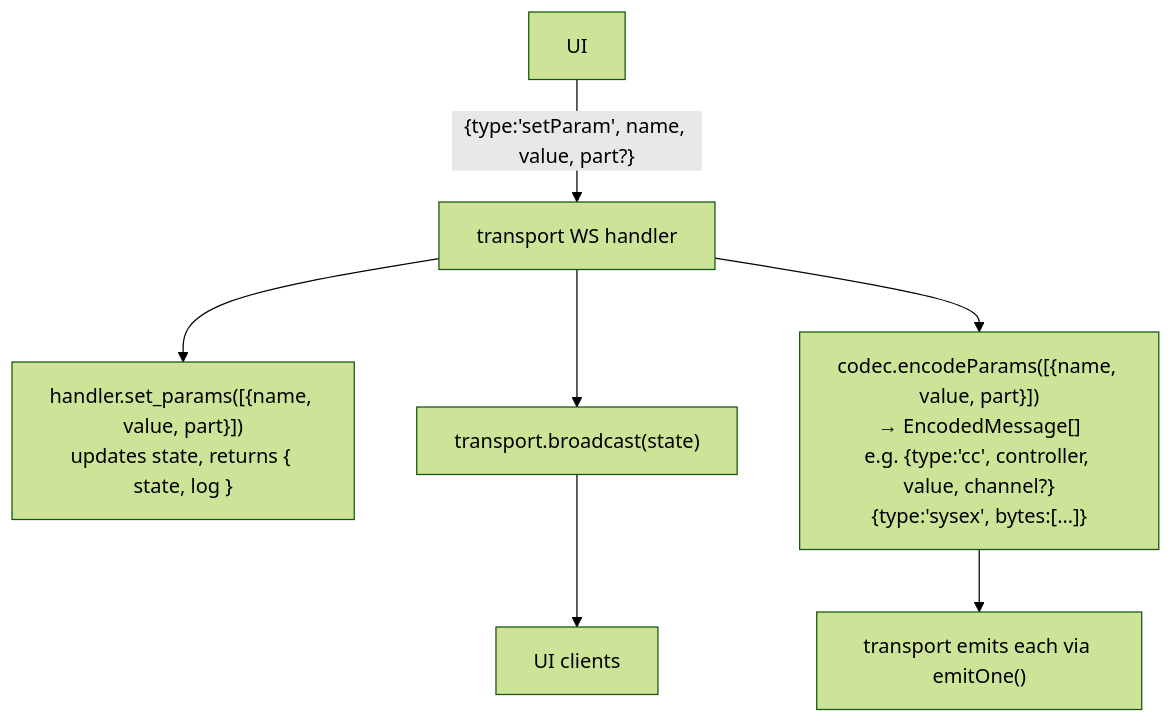
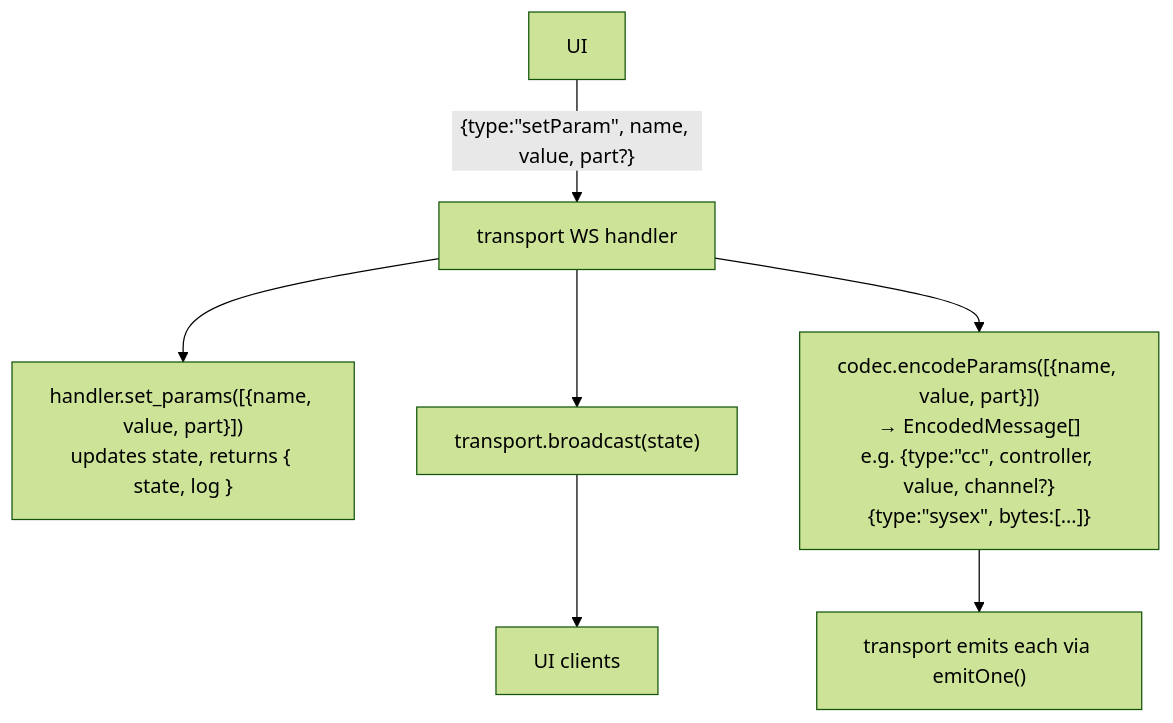
Before and after one commit to uribrecher/keyboards-mcp: the third of 9 diagrams in packages/sounds-and-recreation-app/src/transport.md, drawn with Mermaid (forest theme). The commit also changed other lines of this file, not shown here.

Commit message:
docs: restore double-quoted JSON snippets in mermaid labels via &quot;
Addresses Copilot review: the original ASCII diagrams used double-quoted
keys ({type:"setParam"}, {kind:"param"}); use &quot; entities to keep
them mermaid-safe and consistent with the rest of the docs.

Claude-Session: https://claude.ai/code/session_01KoEcT3iogX5wZaekoEsECv

````diff
--- a/packages/sounds-and-recreation-app/src/transport.md
+++ b/packages/sounds-and-recreation-app/src/transport.md
@@ -103,9 +103,9 @@
 ```mermaid
 flowchart TB
-    ui["UI"] -- "{type:'setParam', name, value, part?}" --> ws["transport WS handler"]
+    ui["UI"] -- "{type:&quot;setParam&quot;, name, value, part?}" --> ws["transport WS handler"]
     ws --> sp["handler.set_params([{name, value, part}])<br/>updates state, returns { state, log }"]
     ws --> bc["transport.broadcast(state)"]
     bc --> uic["UI clients"]
-    ws --> enc["codec.encodeParams([{name, value, part}])<br/>→ EncodedMessage[]<br/>e.g. {type:'cc', controller, value, channel?}<br/>{type:'sysex', bytes:[…]}"]
+    ws --> enc["codec.encodeParams([{name, value, part}])<br/>→ EncodedMessage[]<br/>e.g. {type:&quot;cc&quot;, controller, value, channel?}<br/>{type:&quot;sysex&quot;, bytes:[…]}"]
     enc --> emit["transport emits each via emitOne()"]
 ```
````
